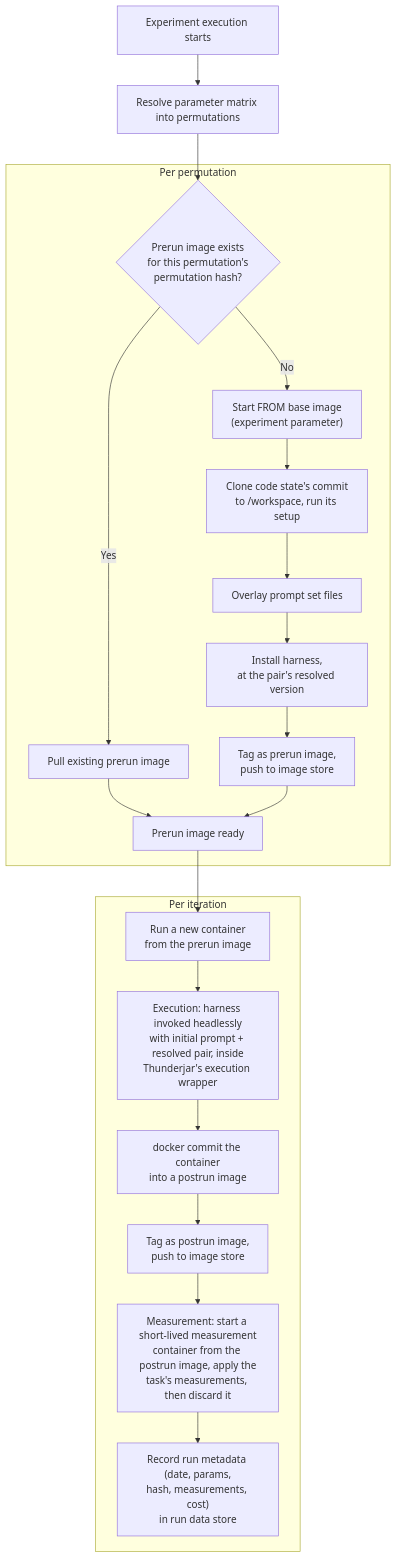
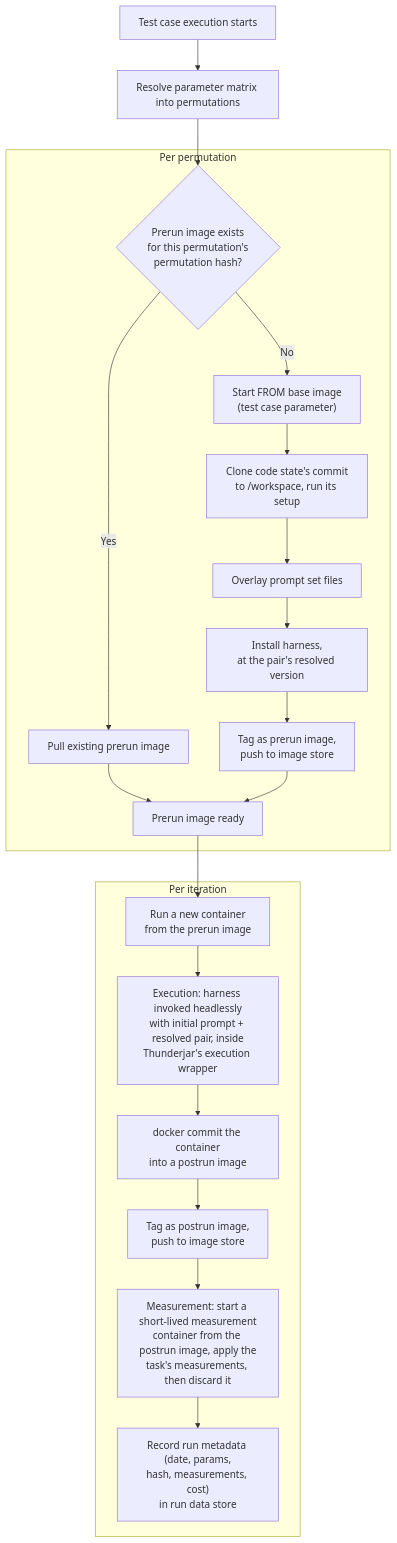
Before and after one commit to dwjohnston/thunderjar-speccing: the diagram in spec/080-docker-execution.md, drawn with Mermaid. The commit also changed other lines of this file and 37 other files, not shown here.

Commit message:
experiment -> test case

````diff
--- a/spec/080-docker-execution.md
+++ b/spec/080-docker-execution.md
@@ -11,28 +11,28 @@
 ```mermaid
 flowchart TD
-    A["Experiment execution starts"] --> B["Resolve parameter matrix into permutations"]
+    A["Test case execution starts"] --> B["Resolve parameter matrix into permutations"]
     B --> C
 
     subgraph PERM["Per permutation"]
         C{"Prerun image exists<br/>for this permutation's<br/>permutation hash?"}
         C -- Yes --> D["Pull existing prerun image"]
-        C -- No --> E["Start FROM base image<br/>(experiment parameter)"]
+        C -- No --> E["Start FROM base image<br/>(test case parameter)"]
         E --> F["Clone code state's commit<br/>to /workspace, run its setup"]
         F --> G["Overlay prompt set files"]
         G --> H["Install harness,<br/>at the pair's resolved version"]
         H --> I["Tag as prerun image,<br/>push to image store"]
         D --> J["Prerun image ready"]
         I --> J
     end
 
     subgraph ITER["Per iteration"]
         K["Run a new container<br/>from the prerun image"]
         K --> L["Execution: harness invoked headlessly<br/>with initial prompt + resolved pair, inside<br/>Thunderjar's execution wrapper"]
         L --> M["docker commit the container<br/>into a postrun image"]
         M --> N["Tag as postrun image,<br/>push to image store"]
         N --> O["Measurement: start a short-lived measurement<br/>container from the postrun image, apply the<br/>task's measurements, then discard it"]
         O --> P["Record run metadata (date, params,<br/>hash, measurements, cost)<br/>in run data store"]
     end
 
     J --> K
 ```
````
